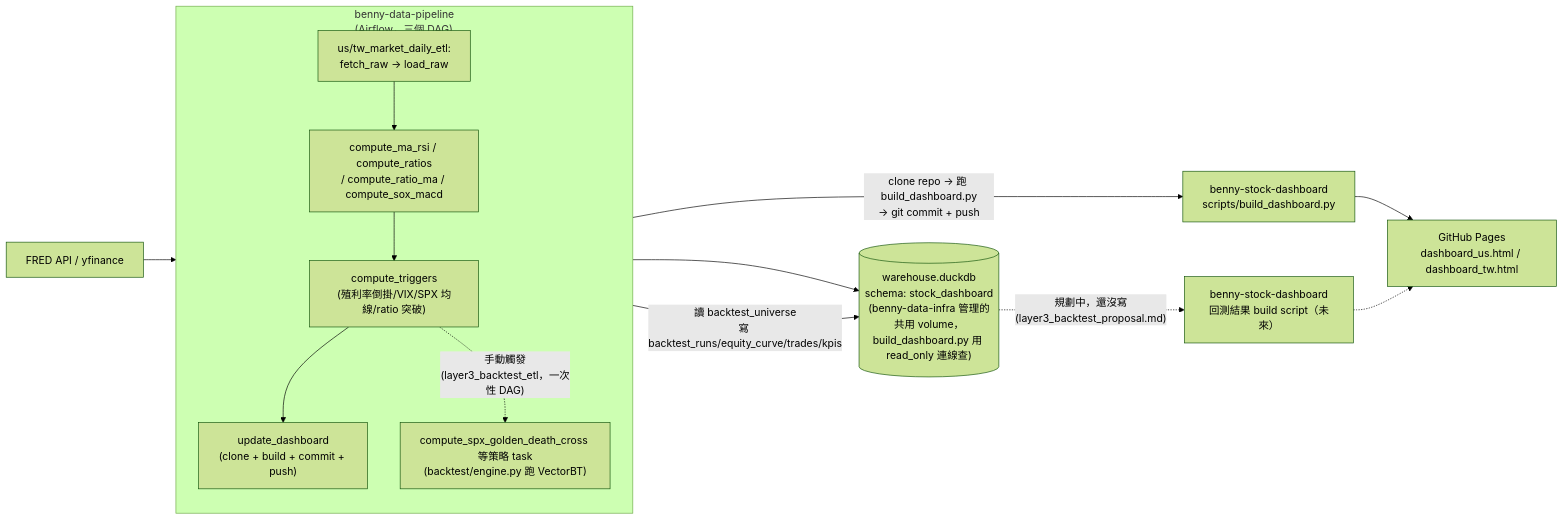
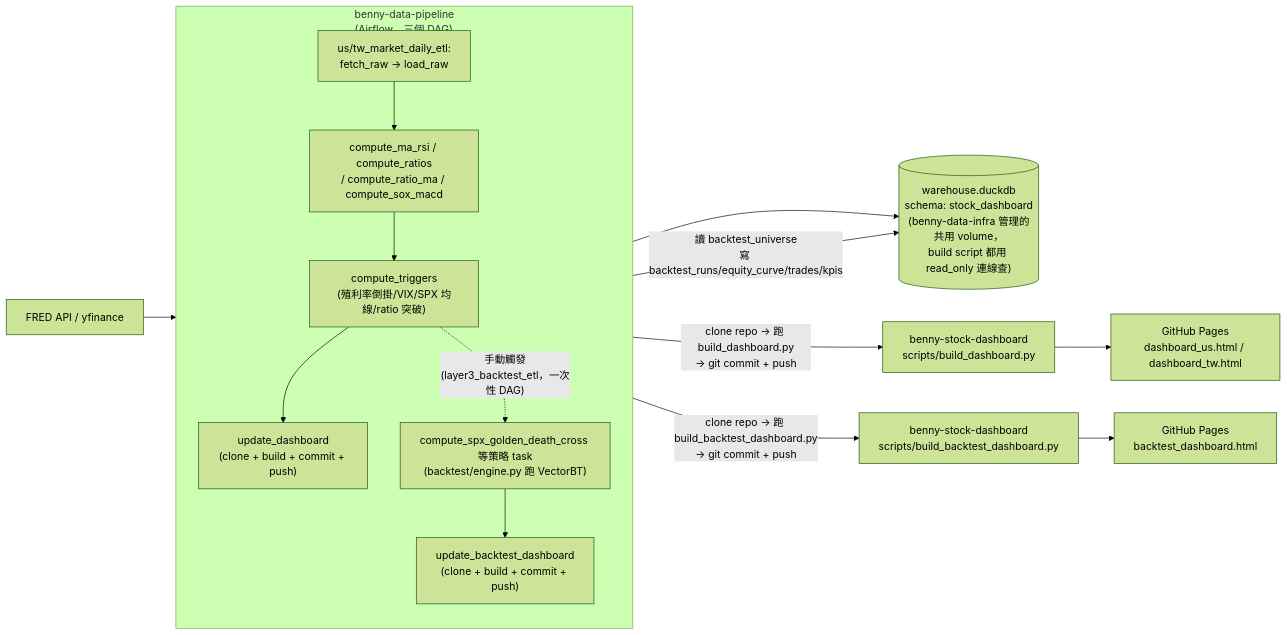
The diagram in README.md (Benny0624/benny-stock-dashboard), drawn with Mermaid (forest theme) before and after one commit. The commit also changed other lines of this file and 1 other file, not shown here.

First line of the commit message:
feat: add build_backtest_dashboard.py, Layer 3 results page

````diff
--- a/README.md
+++ b/README.md
@@ -40,17 +48,18 @@
 ```mermaid
 flowchart LR
     API["FRED API / yfinance"] --> DAG
     subgraph DAG["benny-data-pipeline<br/>(Airflow，三個 DAG)"]
         direction TB
         Fetch["us/tw_market_daily_etl:<br/>fetch_raw → load_raw"] --> Silver["compute_ma_rsi / compute_ratios<br/>/ compute_ratio_ma / compute_sox_macd"]
         Silver --> Triggers["compute_triggers<br/>(殖利率倒掛/VIX/SPX 均線/ratio 突破)"]
         Triggers --> UpdateDash["update_dashboard<br/>(clone + build + commit + push)"]
         Triggers -.->|"手動觸發<br/>(layer3_backtest_etl，一次性 DAG)"| Backtest["compute_spx_golden_death_cross 等策略 task<br/>(backtest/engine.py 跑 VectorBT)"]
+        Backtest --> UpdateBacktestDash["update_backtest_dashboard<br/>(clone + build + commit + push)"]
     end
-    UpdateDash --> DuckDB[("warehouse.duckdb<br/>schema: stock_dashboard<br/>(benny-data-infra 管理的共用 volume，<br/>build_dashboard.py 用 read_only 連線查)")]
+    UpdateDash --> DuckDB[("warehouse.duckdb<br/>schema: stock_dashboard<br/>(benny-data-infra 管理的共用 volume，<br/>build script 都用 read_only 連線查)")]
     Backtest -->|"讀 backtest_universe<br/>寫 backtest_runs/equity_curve/trades/kpis"| DuckDB
     UpdateDash -- "clone repo → 跑 build_dashboard.py<br/>→ git commit + push" --> Build["benny-stock-dashboard<br/>scripts/build_dashboard.py"]
     Build --> Pages["GitHub Pages<br/>dashboard_us.html / dashboard_tw.html"]
-    DuckDB -.->|"規劃中，還沒寫<br/>(layer3_backtest_proposal.md)"| Layer3Page["benny-stock-dashboard<br/>回測結果 build script（未來）"]
-    Layer3Page -.-> Pages
+    UpdateBacktestDash -- "clone repo → 跑 build_backtest_dashboard.py<br/>→ git commit + push" --> Build2["benny-stock-dashboard<br/>scripts/build_backtest_dashboard.py"]
+    Build2 --> Pages2["GitHub Pages<br/>backtest_dashboard.html"]
 ```
````
